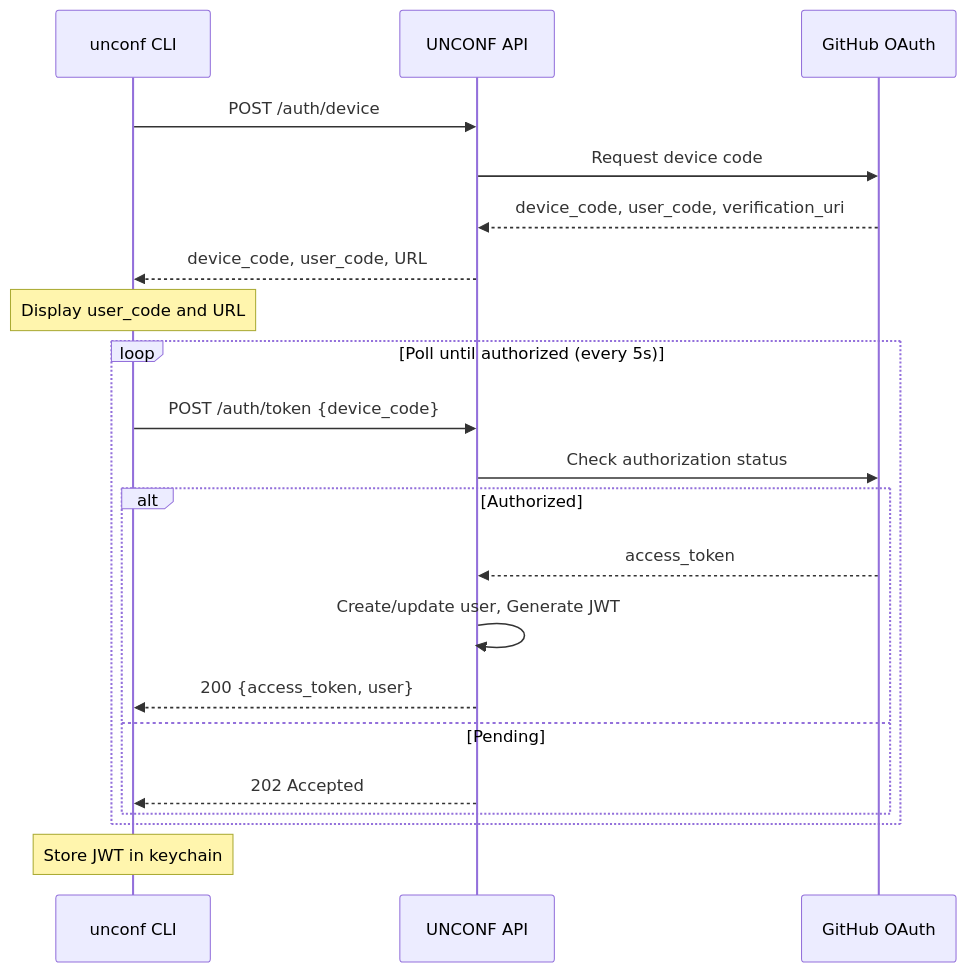
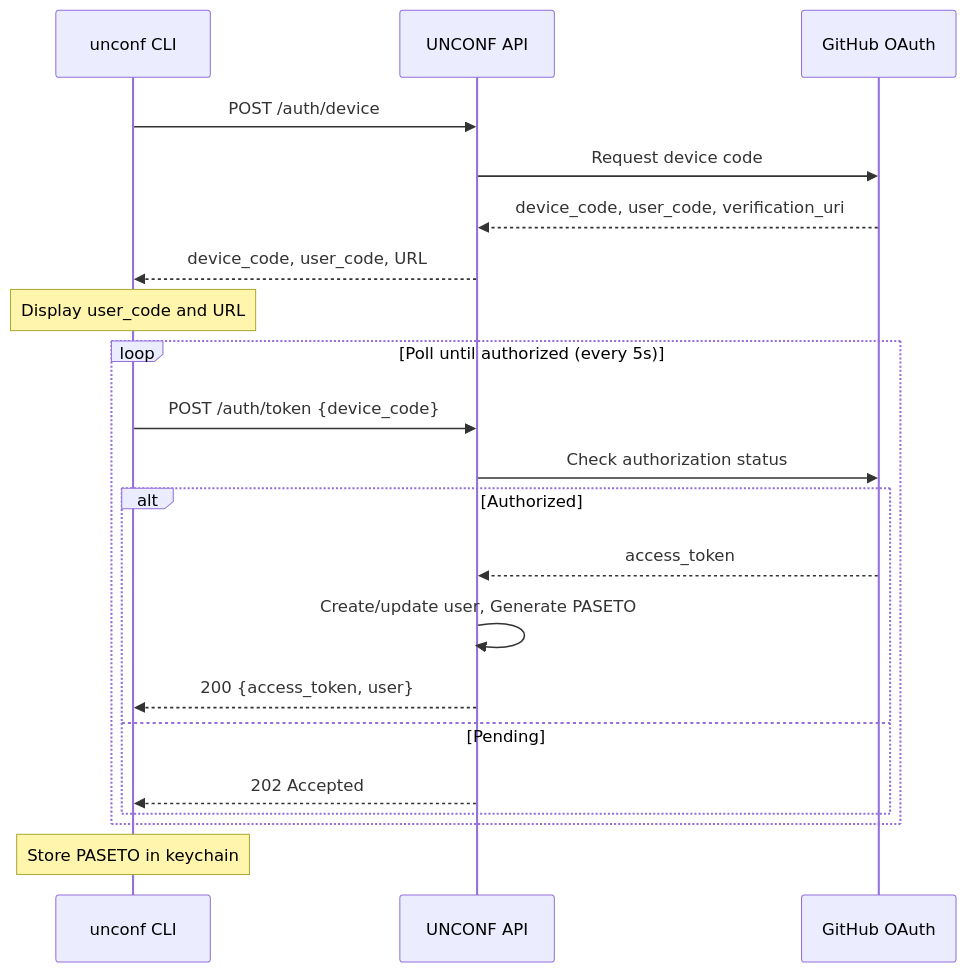
Before and after one commit to extreme-programming-user-group-bergamo/unconf-vibes: the diagram in docs/architecture/5-api-specification.md, drawn with Mermaid. The commit also changed other lines of this file and 12 other files, not shown here.

Commit message:
docs(architecture): update authentication method from JWT to PASETO and enhance related documentation

````diff
--- a/docs/architecture/5-api-specification.md
+++ b/docs/architecture/5-api-specification.md
@@ -36,27 +42,27 @@
 ```mermaid
 sequenceDiagram
     participant CLI as unconf CLI
     participant API as UNCONF API
     participant GH as GitHub OAuth
 
     CLI->>API: POST /auth/device
     API->>GH: Request device code
     GH-->>API: device_code, user_code, verification_uri
     API-->>CLI: device_code, user_code, URL
     
     Note over CLI: Display user_code and URL
     
     loop Poll until authorized (every 5s)
         CLI->>API: POST /auth/token {device_code}
         API->>GH: Check authorization status
         alt Authorized
             GH-->>API: access_token
-            API->>API: Create/update user, Generate JWT
+            API->>API: Create/update user, Generate PASETO
             API-->>CLI: 200 {access_token, user}
         else Pending
             API-->>CLI: 202 Accepted
         end
     end
     
-    Note over CLI: Store JWT in keychain
+    Note over CLI: Store PASETO in keychain
 ```
````
